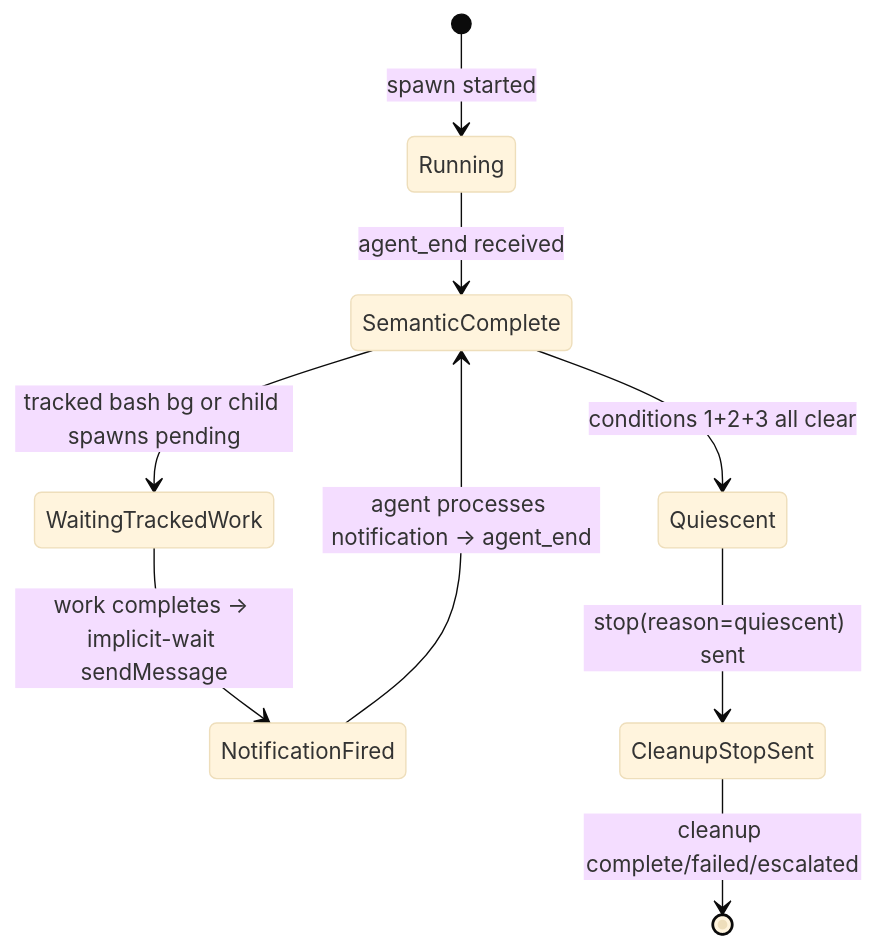
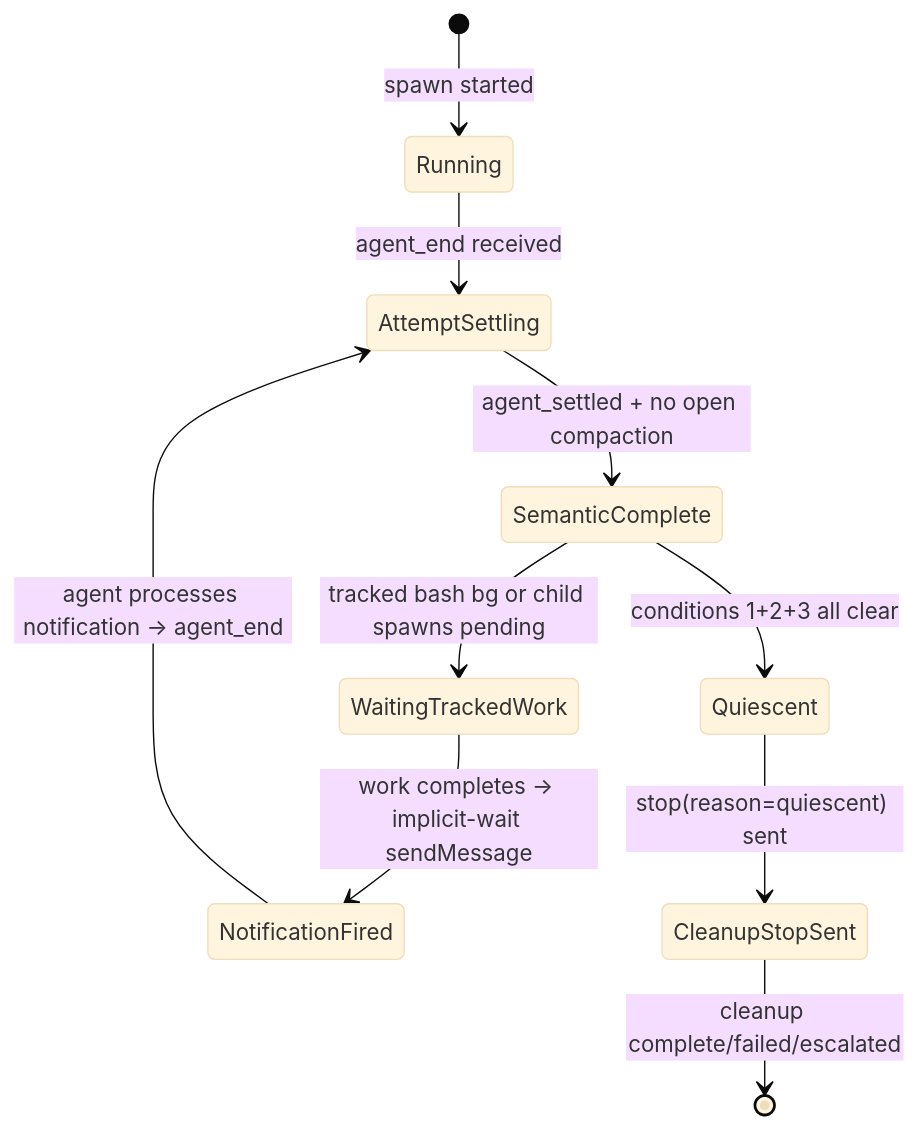
One commit to haowjy/meridian-cli-kb changed the diagram in kb/architecture/pi-lifecycle.md. Above: the diagram before and after it, drawn with Mermaid (base theme). The commit also changed other lines of this file and 2 other files, not shown here.

````diff
--- a/kb/architecture/pi-lifecycle.md
+++ b/kb/architecture/pi-lifecycle.md
@@ -136,11 +147,12 @@
 ```mermaid
 stateDiagram-v2
     [*] --> Running: spawn started
-    Running --> SemanticComplete: agent_end received
+    Running --> AttemptSettling: agent_end received
+    AttemptSettling --> SemanticComplete: agent_settled + no open compaction
     SemanticComplete --> WaitingTrackedWork: tracked bash bg or child spawns pending
     SemanticComplete --> Quiescent: conditions 1+2+3 all clear
     WaitingTrackedWork --> NotificationFired: work completes → implicit-wait sendMessage
-    NotificationFired --> SemanticComplete: agent processes notification → agent_end
+    NotificationFired --> AttemptSettling: agent processes notification → agent_end
     Quiescent --> CleanupStopSent: stop(reason=quiescent) sent
     CleanupStopSent --> [*]: cleanup complete/failed/escalated
 ```
````
